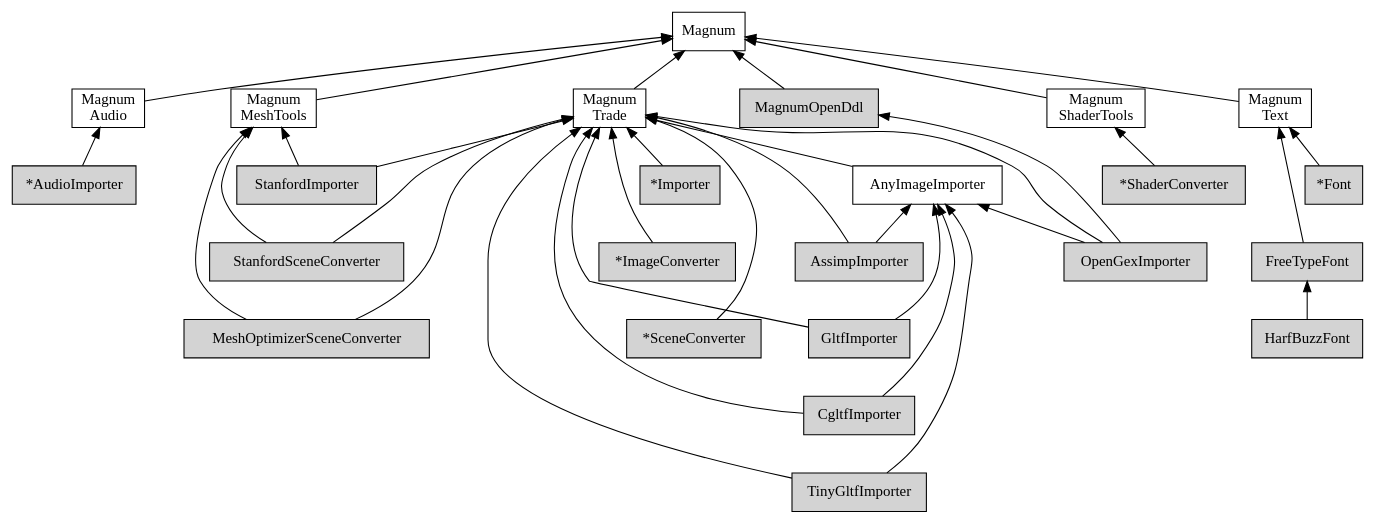
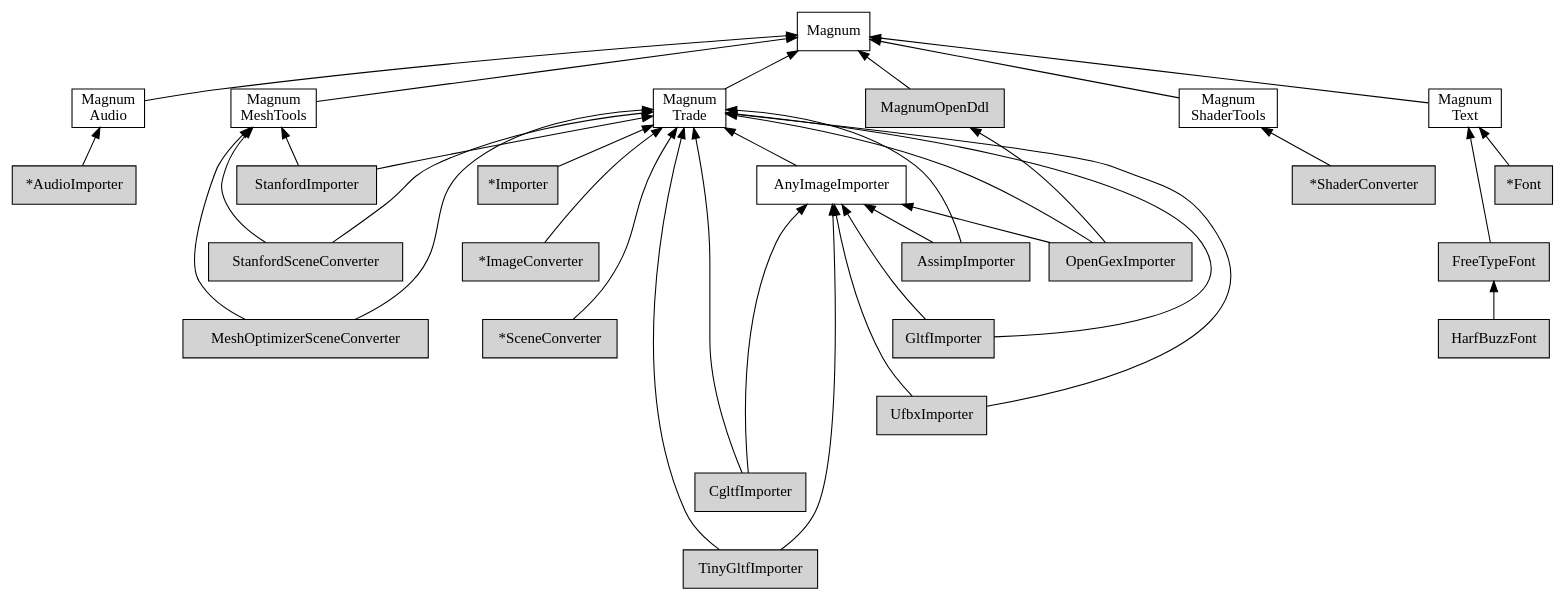
The diagram in doc/custom-buildsystems-plugins-order.dot (mosra/magnum-plugins), drawn with Graphviz before and after one commit. The commit also changed 4 other files, not shown here.

First line of the commit message:
UfbxImporter: various documentation polishing.

```diff
--- a/doc/custom-buildsystems-plugins-order.dot
+++ b/doc/custom-buildsystems-plugins-order.dot
@@ -1,105 +1,108 @@
 /*
     This file is part of Magnum.
 
     Copyright © 2010, 2011, 2012, 2013, 2014, 2015, 2016, 2017, 2018, 2019,
                 2020, 2021, 2022 Vladimír Vondruš <mosra@centrum.cz>
 
     Permission is hereby granted, free of charge, to any person obtaining a
     copy of this software and associated documentation files (the "Software"),
     to deal in the Software without restriction, including without limitation
     the rights to use, copy, modify, merge, publish, distribute, sublicense,
     and/or sell copies of the Software, and to permit persons to whom the
     Software is furnished to do so, subject to the following conditions:
 
     The above copyright notice and this permission notice shall be included
     in all copies or substantial portions of the Software.
 
     THE SOFTWARE IS PROVIDED "AS IS", WITHOUT WARRANTY OF ANY KIND, EXPRESS OR
     IMPLIED, INCLUDING BUT NOT LIMITED TO THE WARRANTIES OF MERCHANTABILITY,
     FITNESS FOR A PARTICULAR PURPOSE AND NONINFRINGEMENT. IN NO EVENT SHALL
     THE AUTHORS OR COPYRIGHT HOLDERS BE LIABLE FOR ANY CLAIM, DAMAGES OR OTHER
     LIABILITY, WHETHER IN AN ACTION OF CONTRACT, TORT OR OTHERWISE, ARISING
     FROM, OUT OF OR IN CONNECTION WITH THE SOFTWARE OR THE USE OR OTHER
     DEALINGS IN THE SOFTWARE.
 */
 
 digraph "Magnum Plugins dependency order" {
     rankdir=BT
     ranksep=0.5
     node [style=filled shape=rect margin="0.03,0.03"]
 
     Magnum [style=solid class="m-info"]
     MagnumAudio [style=solid label="Magnum\nAudio" class="m-info"]
     MagnumMeshTools [style=solid label="Magnum\nMeshTools" class="m-info"]
     MagnumShaderTools [style=solid label="Magnum\nShaderTools" class="m-info"]
     MagnumText [style=solid label="Magnum\nText" class="m-info"]
     MagnumTrade [style=solid label="Magnum\nTrade" class="m-info"]
 
     {rank=same MagnumAudio MagnumMeshTools MagnumText MagnumTrade}
 
     AnyImageImporter [style=solid class="m-success"]
 
     MagnumOpenDdl [class="m-info"]
 
     AudioImporter [label="*AudioImporter" class="m-success"]
     ImageConverter [label="*ImageConverter" class="m-success"]
     SceneConverter [label="*SceneConverter" class="m-success"]
     ShaderConverter [label="*ShaderConverter" class="m-success"]
     Importer [label="*Importer" class="m-success"]
     Font [label="*Font" class="m-success"]
 
     AssimpImporter [class="m-success"]
     FreeTypeFont [class="m-success"]
     HarfBuzzFont [class="m-success"]
     OpenGexImporter [class="m-success"]
     GltfImporter [class="m-success"]
     CgltfImporter [class="m-dim"]
     TinyGltfImporter [class="m-dim"]
+    UfbxImporter [class="m-success"]
     MeshOptimizerSceneConverter [class="m-success"]
     StanfordImporter [class="m-success"]
     StanfordSceneConverter [class="m-success"]
 
     MagnumAudio -> Magnum [class="m-info"]
     MagnumMeshTools -> Magnum [class="m-info"]
     MagnumShaderTools -> Magnum [class="m-info"]
     MagnumText -> Magnum [class="m-info"]
     MagnumTrade -> Magnum [class="m-info"]
 
     AnyImageImporter -> MagnumTrade [class="m-success"]
 
     MagnumOpenDdl -> Magnum
 
     AudioImporter -> MagnumAudio
     ImageConverter -> MagnumTrade
     SceneConverter -> MagnumTrade
     ShaderConverter -> MagnumShaderTools
     Importer -> MagnumTrade
     Font -> MagnumText
 
     AssimpImporter -> MagnumTrade
     AssimpImporter -> AnyImageImporter
     FreeTypeFont -> MagnumText
     HarfBuzzFont -> FreeTypeFont
     OpenGexImporter -> MagnumTrade
     OpenGexImporter -> AnyImageImporter
     OpenGexImporter -> MagnumOpenDdl
     GltfImporter -> MagnumTrade
     GltfImporter -> AnyImageImporter
     CgltfImporter -> MagnumTrade [class="m-dim"]
     CgltfImporter -> AnyImageImporter [class="m-dim"]
     TinyGltfImporter -> MagnumTrade [class="m-dim"]
     TinyGltfImporter -> AnyImageImporter [class="m-dim"]
+    UfbxImporter -> MagnumTrade
+    UfbxImporter -> AnyImageImporter
 
     StanfordImporter -> MagnumTrade
     StanfordImporter -> MagnumMeshTools
     MeshOptimizerSceneConverter -> MagnumTrade
     MeshOptimizerSceneConverter -> MagnumMeshTools
     StanfordSceneConverter -> MagnumTrade
     StanfordSceneConverter -> MagnumMeshTools
 
     /* To make the graph less wide */
     SceneConverter -> ImageConverter -> Importer [style="invis"]
-    TinyGltfImporter -> CgltfImporter -> GltfImporter -> AssimpImporter [style="invis"]
+    TinyGltfImporter -> CgltfImporter -> UfbxImporter -> GltfImporter -> AssimpImporter [style="invis"]
     FreeTypeFont -> Font [style="invis"]
     MeshOptimizerSceneConverter -> StanfordSceneConverter -> StanfordImporter [style="invis"]
 }
```
